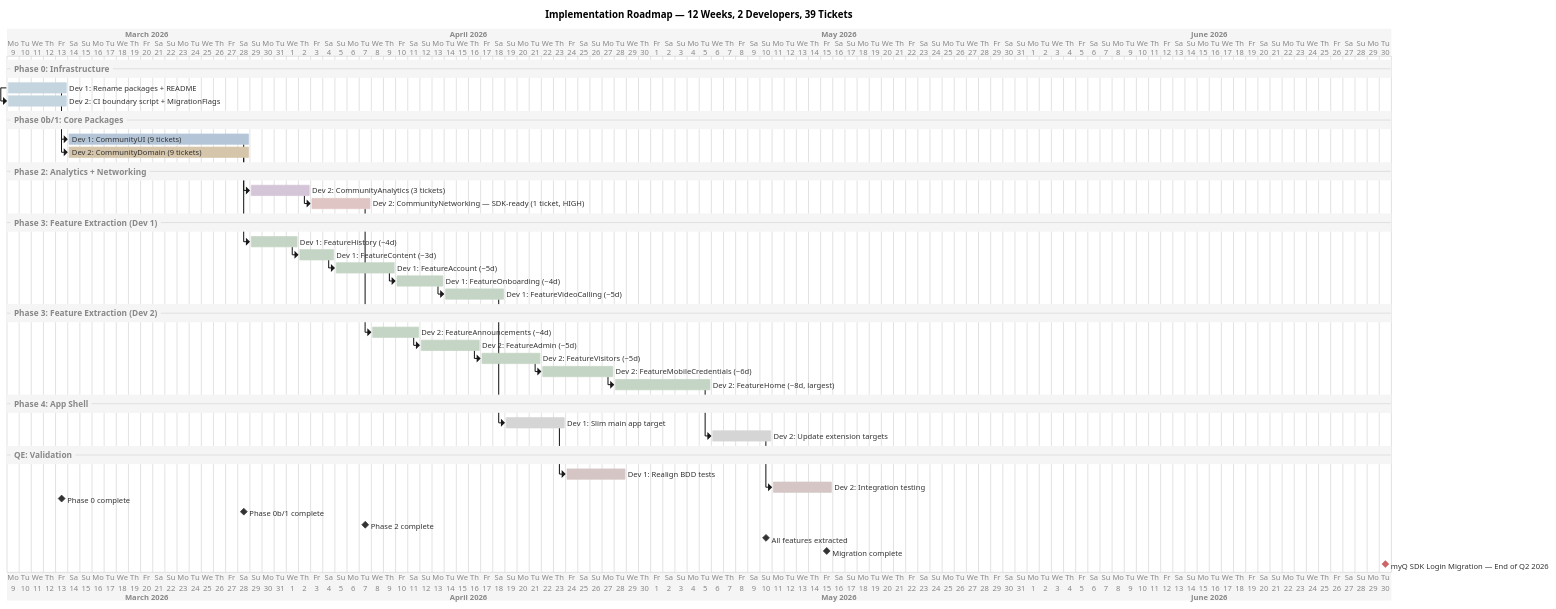
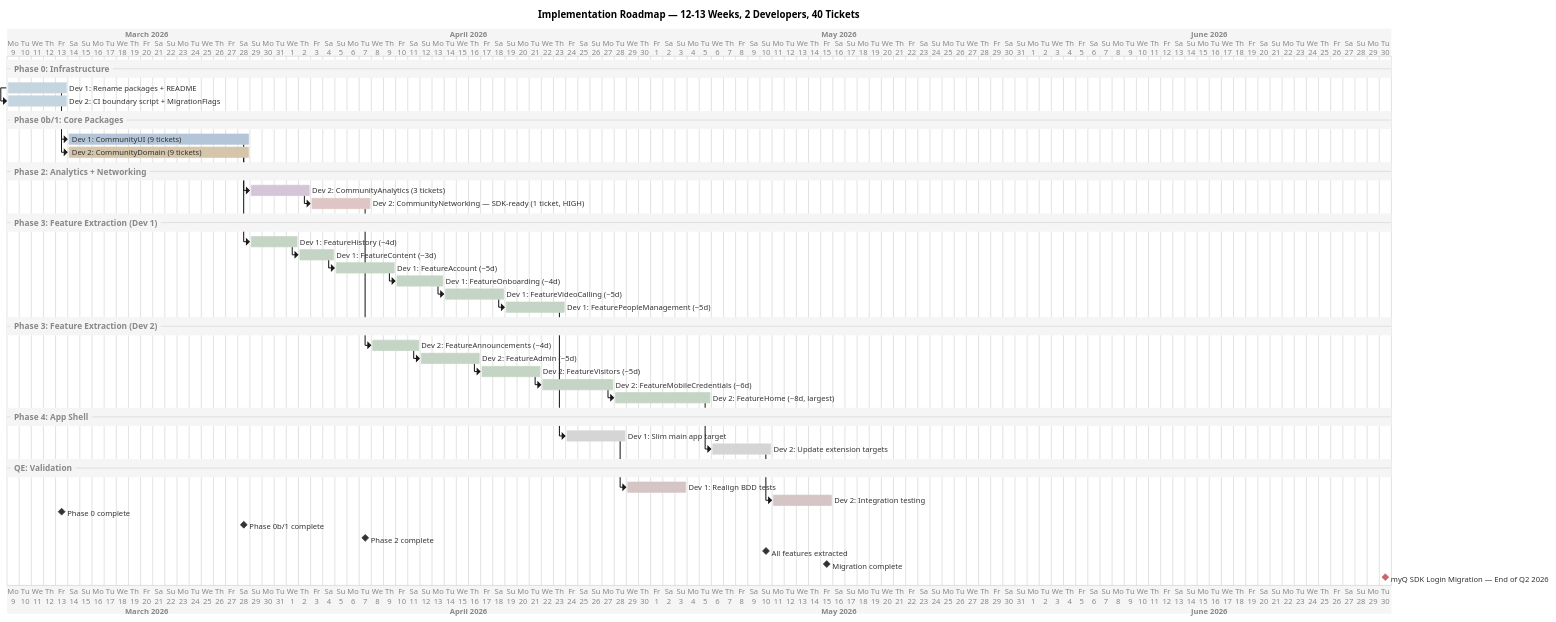
One commit to santiago-prada/ios-arch-diagrams changed the diagram in plantuml-4-gantt-roadmap.puml. Above: the diagram before and after it, drawn with PlantUML. The commit also changed 13 other files, not shown here.

First line of the commit message:
Add FeaturePeopleManagement to all diagrams

```diff
--- a/plantuml-4-gantt-roadmap.puml
+++ b/plantuml-4-gantt-roadmap.puml
@@ -1,189 +1,193 @@
 @startgantt gantt-roadmap
 ' ═══════════════════════════════════════════════════════════════
 ' iOS Community App — 12-Week Implementation Roadmap
 ' Dieter Rams style: as little design as possible
 ' ═══════════════════════════════════════════════════════════════
 
 <style>
 ganttDiagram {
   BackgroundColor     #FFFFFF
   FontName            "Helvetica Neue"
   FontColor           #333333
   FontSize            12
 
   task {
     BackgroundColor   #E8E8E8
     LineColor         #CCCCCC
     FontSize          11
     FontColor         #333333
   }
 
   milestone {
     BackgroundColor   #333333
     LineColor         #333333
     FontColor         #333333
     FontSize          11
   }
 
   separator {
     BackgroundColor   #F5F5F5
     LineColor         #D5D5D5
     FontColor         #888888
     FontSize          12
     FontStyle         bold
   }
 
   timeline {
     BackgroundColor   #F5F5F5
     LineColor         #D5D5D5
     FontColor         #888888
     FontSize          11
   }
 
   closed {
     BackgroundColor   #F5F5F5
     FontColor         #CCCCCC
   }
 }
 </style>
 
-title Implementation Roadmap — 12 Weeks, 2 Developers, 39 Tickets
+title Implementation Roadmap — 12-13 Weeks, 2 Developers, 40 Tickets
 
 Project starts 2026-03-09
 
 ' ══════════════════════════════════════════════════════════════
 ' PHASE 0 — Infrastructure (~1 week)
 ' ══════════════════════════════════════════════════════════════
 
 -- Phase 0: Infrastructure --
 
 [Dev 1: Rename packages + README] as [P0D1] lasts 5 days
 [P0D1] is colored in #C5D5E0
 
 [Dev 2: CI boundary script + MigrationFlags] as [P0D2] lasts 5 days
 [P0D2] is colored in #C5D5E0
 
 [P0D2] starts at [P0D1]'s start
 
 ' ══════════════════════════════════════════════════════════════
 ' PHASE 0b/1 — CommunityUI + CommunityDomain (~3 weeks)
 ' ══════════════════════════════════════════════════════════════
 
 -- Phase 0b/1: Core Packages --
 
 [Dev 1: CommunityUI (9 tickets)] as [P1D1] lasts 15 days
 [P1D1] starts at [P0D1]'s end
 [P1D1] is colored in #B5C5D8
 
 [Dev 2: CommunityDomain (9 tickets)] as [P1D2] lasts 15 days
 [P1D2] starts at [P0D2]'s end
 [P1D2] is colored in #D5C5AA
 
 ' ══════════════════════════════════════════════════════════════
 ' PHASE 2 — Analytics + Networking (~1-2 weeks)
 ' ══════════════════════════════════════════════════════════════
 
 -- Phase 2: Analytics + Networking --
 
 [Dev 2: CommunityAnalytics (3 tickets)] as [P2A] lasts 5 days
 [P2A] starts at [P1D2]'s end
 [P2A] is colored in #D5C5D8
 
 [Dev 2: CommunityNetworking — SDK-ready (1 ticket, HIGH)] as [P2N] lasts 5 days
 [P2N] starts at [P2A]'s end
 [P2N] is colored in #E0C5C5
 
 ' ══════════════════════════════════════════════════════════════
 ' PHASE 3 — Feature Extraction (~5 weeks)
 ' ══════════════════════════════════════════════════════════════
 
 -- Phase 3: Feature Extraction (Dev 1) --
 
 [Dev 1: FeatureHistory (~4d)] as [F3H] lasts 4 days
 [F3H] starts at [P1D1]'s end
 [F3H] is colored in #C5D5C5
 
 [Dev 1: FeatureContent (~3d)] as [F3C] lasts 3 days
 [F3C] starts at [F3H]'s end
 [F3C] is colored in #C5D5C5
 
 [Dev 1: FeatureAccount (~5d)] as [F3A] lasts 5 days
 [F3A] starts at [F3C]'s end
 [F3A] is colored in #C5D5C5
 
 [Dev 1: FeatureOnboarding (~4d)] as [F3O] lasts 4 days
 [F3O] starts at [F3A]'s end
 [F3O] is colored in #C5D5C5
 
 [Dev 1: FeatureVideoCalling (~5d)] as [F3V] lasts 5 days
 [F3V] starts at [F3O]'s end
 [F3V] is colored in #C5D5C5
 
+[Dev 1: FeaturePeopleManagement (~5d)] as [F3PM] lasts 5 days
+[F3PM] starts at [F3V]'s end
+[F3PM] is colored in #C5D5C5
+
 -- Phase 3: Feature Extraction (Dev 2) --
 
 [Dev 2: FeatureAnnouncements (~4d)] as [F3An] lasts 4 days
 [F3An] starts at [P2N]'s end
 [F3An] is colored in #C5D5C5
 
 [Dev 2: FeatureAdmin (~5d)] as [F3Ad] lasts 5 days
 [F3Ad] starts at [F3An]'s end
 [F3Ad] is colored in #C5D5C5
 
 [Dev 2: FeatureVisitors (~5d)] as [F3Vi] lasts 5 days
 [F3Vi] starts at [F3Ad]'s end
 [F3Vi] is colored in #C5D5C5
 
 [Dev 2: FeatureMobileCredentials (~6d)] as [F3MC] lasts 6 days
 [F3MC] starts at [F3Vi]'s end
 [F3MC] is colored in #C5D5C5
 
 [Dev 2: FeatureHome (~8d, largest)] as [F3FH] lasts 8 days
 [F3FH] starts at [F3MC]'s end
 [F3FH] is colored in #C5D5C5
 
 ' ══════════════════════════════════════════════════════════════
 ' PHASE 4 — App Shell (~1 week)
 ' ══════════════════════════════════════════════════════════════
 
 -- Phase 4: App Shell --
 
 [Dev 1: Slim main app target] as [P4D1] lasts 5 days
-[P4D1] starts at [F3V]'s end
+[P4D1] starts at [F3PM]'s end
 [P4D1] is colored in #D5D5D5
 
 [Dev 2: Update extension targets] as [P4D2] lasts 5 days
 [P4D2] starts at [F3FH]'s end
 [P4D2] is colored in #D5D5D5
 
 ' ══════════════════════════════════════════════════════════════
 ' QE — Validation (~1 week)
 ' ══════════════════════════════════════════════════════════════
 
 -- QE: Validation --
 
 [Dev 1: Realign BDD tests] as [QE1] lasts 5 days
 [QE1] starts at [P4D1]'s end
 [QE1] is colored in #D5C5C5
 
 [Dev 2: Integration testing] as [QE2] lasts 5 days
 [QE2] starts at [P4D2]'s end
 [QE2] is colored in #D5C5C5
 
 ' ══════════════════════════════════════════════════════════════
 ' MILESTONES
 ' ══════════════════════════════════════════════════════════════
 
 [Phase 0 complete] as [M0] happens at [P0D1]'s end
 [Phase 0b/1 complete] as [M1] happens at [P1D1]'s end
 [Phase 2 complete] as [M2] happens at [P2N]'s end
 [All features extracted] as [M3] happens at [P4D2]'s end
 [Migration complete] as [M4] happens at [QE2]'s end
 
 ' ══════════════════════════════════════════════════════════════
 ' CRITICAL DEADLINE
 ' ══════════════════════════════════════════════════════════════
 
 [myQ SDK Login Migration — End of Q2 2026] as [SDK] happens 2026-06-30
 [SDK] is colored in #CC6666
 
 @endgantt
```
